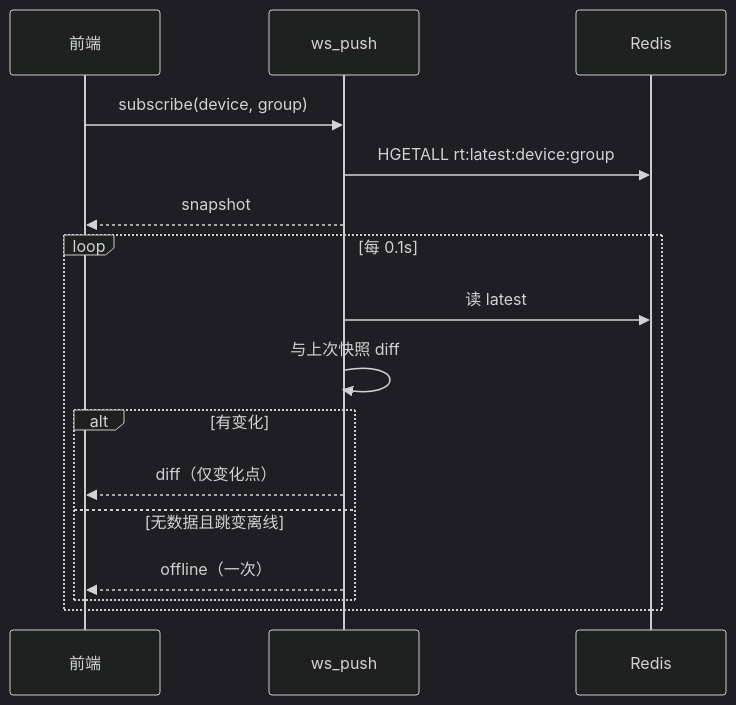
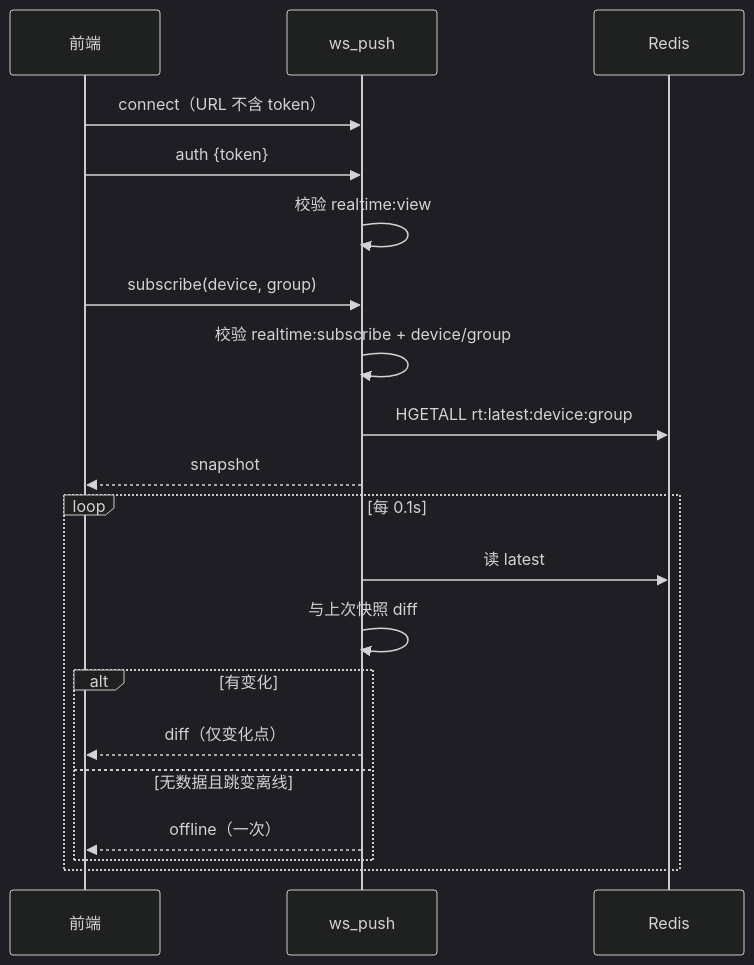
The second of 3 diagrams in docs/02-模块设计/backend/README.md (Hry1729/data_watch), drawn with Mermaid (dark theme) before and after one commit. The commit also changed other lines of this file and 150 other files, not shown here.

````diff
--- a/docs/02-模块设计/backend/README.md
+++ b/docs/02-模块设计/backend/README.md
@@ -165,18 +165,22 @@
 ```mermaid
 sequenceDiagram
     participant FE as 前端
     participant WS as ws_push
     participant RDS as Redis
+    FE->>WS: connect（URL 不含 token）
+    FE->>WS: auth {token}
+    WS->>WS: 校验 realtime:view
     FE->>WS: subscribe(device, group)
+    WS->>WS: 校验 realtime:subscribe + device/group
     WS->>RDS: HGETALL rt:latest:device:group
     WS-->>FE: snapshot
     loop 每 0.1s
         WS->>RDS: 读 latest
         WS->>WS: 与上次快照 diff
         alt 有变化
             WS-->>FE: diff（仅变化点）
         else 无数据且跳变离线
             WS-->>FE: offline（一次）
         end
     end
 ```
````
